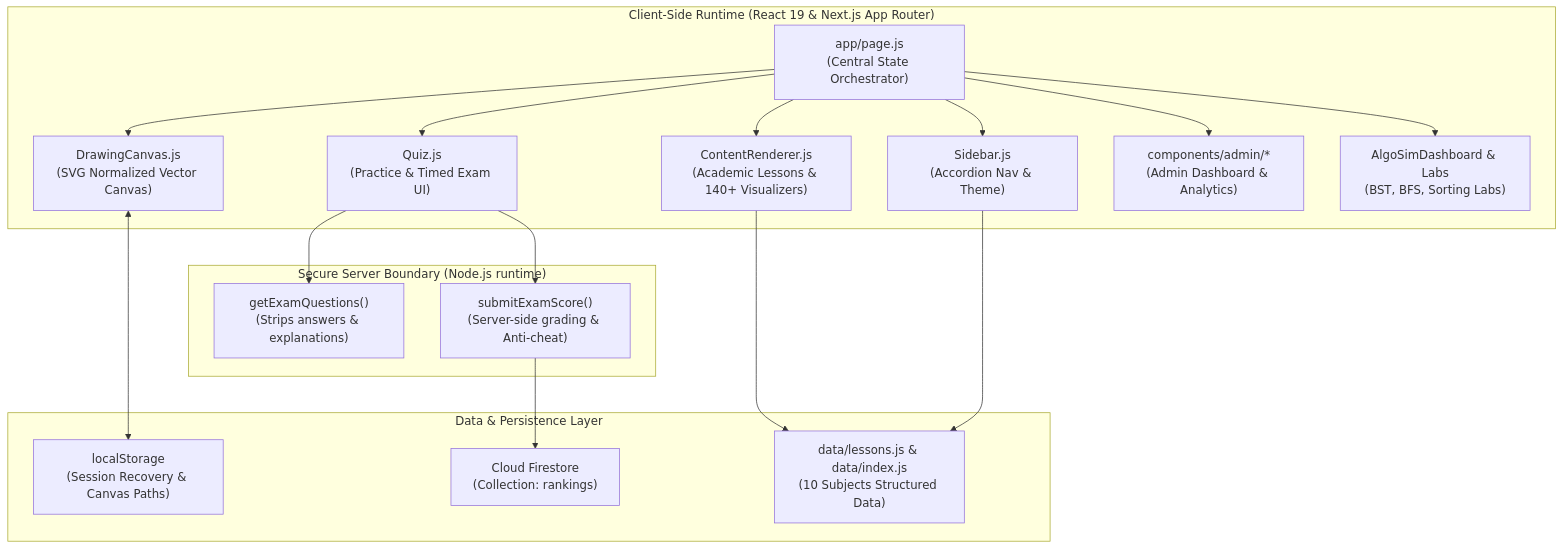
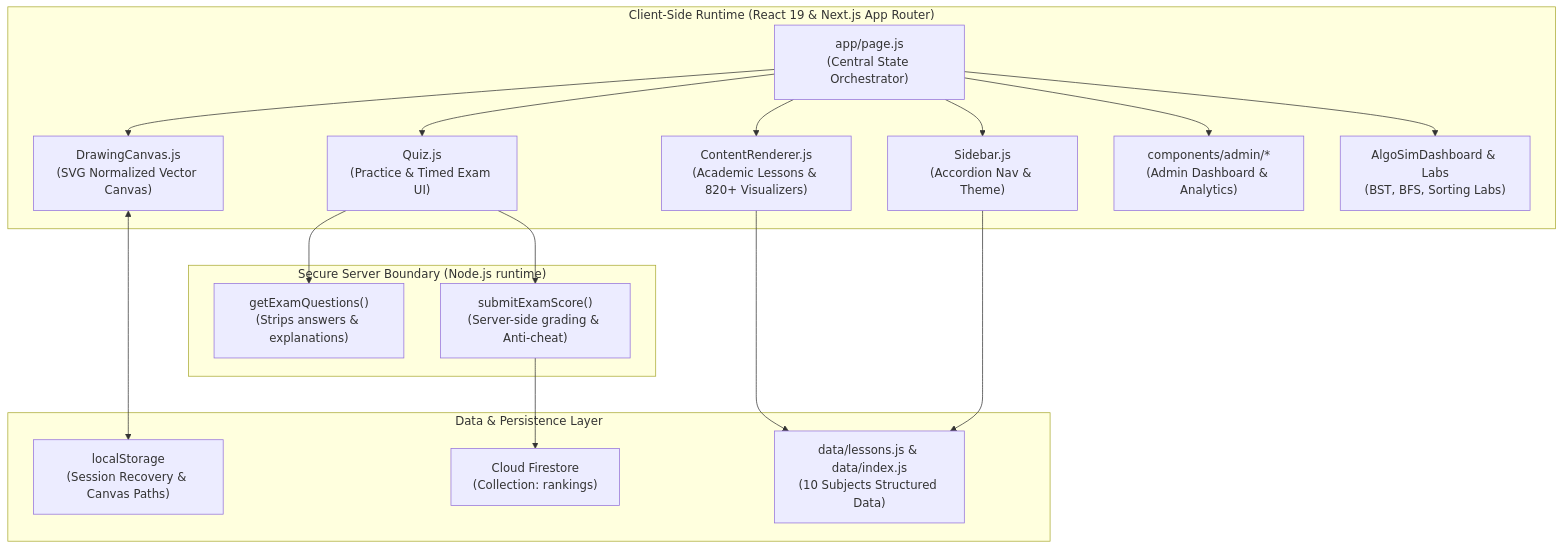
One commit to Khoa040706/TuTuongHCM changed the first of 2 diagrams in system_architecture.md. Above: the diagram before and after it, drawn with Mermaid. The commit also changed other lines of this file and 1 other file, not shown here.

Commit message:
docs: restore 820+ visualizers and simulators count in README and architecture

````diff
--- a/system_architecture.md
+++ b/system_architecture.md
@@ -11,38 +11,38 @@
 ```mermaid
 graph TB
     subgraph Client_Side ["Client-Side Runtime (React 19 & Next.js App Router)"]
         Orchestrator["app/page.js<br>(Central State Orchestrator)"]
         Sidebar["Sidebar.js<br>(Accordion Nav & Theme)"]
-        Renderer["ContentRenderer.js<br>(Academic Lessons & 140+ Visualizers)"]
+        Renderer["ContentRenderer.js<br>(Academic Lessons & 820+ Visualizers)"]
         Canvas["DrawingCanvas.js<br>(SVG Normalized Vector Canvas)"]
         QuizUI["Quiz.js<br>(Practice & Timed Exam UI)"]
         Admin["components/admin/*<br>(Admin Dashboard & Analytics)"]
         AlgoLabs["AlgoSimDashboard & Labs<br>(BST, BFS, Sorting Labs)"]
     end
 
     subgraph Server_Actions ["Secure Server Boundary (Node.js runtime)"]
         ActionGet["getExamQuestions()<br>(Strips answers & explanations)"]
         ActionGrade["submitExamScore()<br>(Server-side grading & Anti-cheat)"]
     end
 
     subgraph Data_Persistence ["Data & Persistence Layer"]
         LocalCache["localStorage<br>(Session Recovery & Canvas Paths)"]
         Firestore["Cloud Firestore<br>(Collection: rankings)"]
         Curriculum["data/lessons.js & data/index.js<br>(10 Subjects Structured Data)"]
     end
 
     Orchestrator --> Sidebar
     Orchestrator --> Renderer
     Orchestrator --> Canvas
     Orchestrator --> QuizUI
     Orchestrator --> Admin
     Orchestrator --> AlgoLabs
 
     Renderer --> Curriculum
     Sidebar --> Curriculum
     Canvas <--> LocalCache
 
     QuizUI --> ActionGet
     QuizUI --> ActionGrade
     ActionGrade --> Firestore
 ```
````
